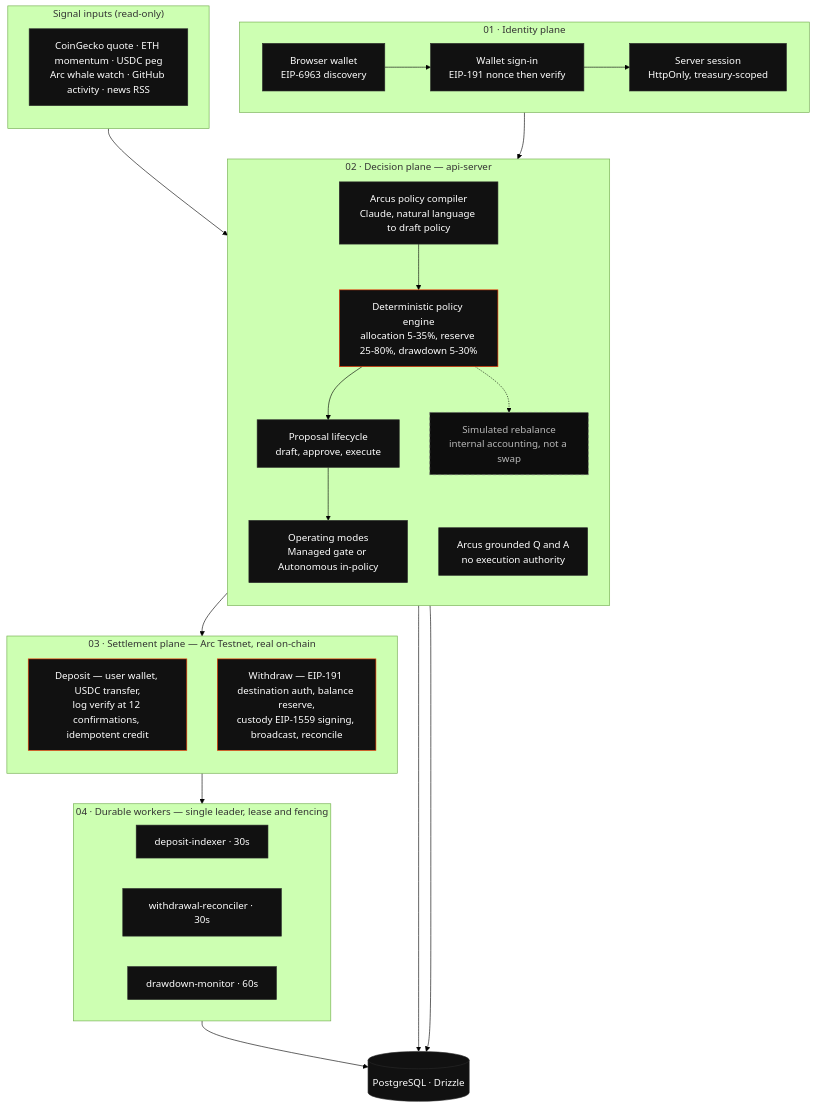
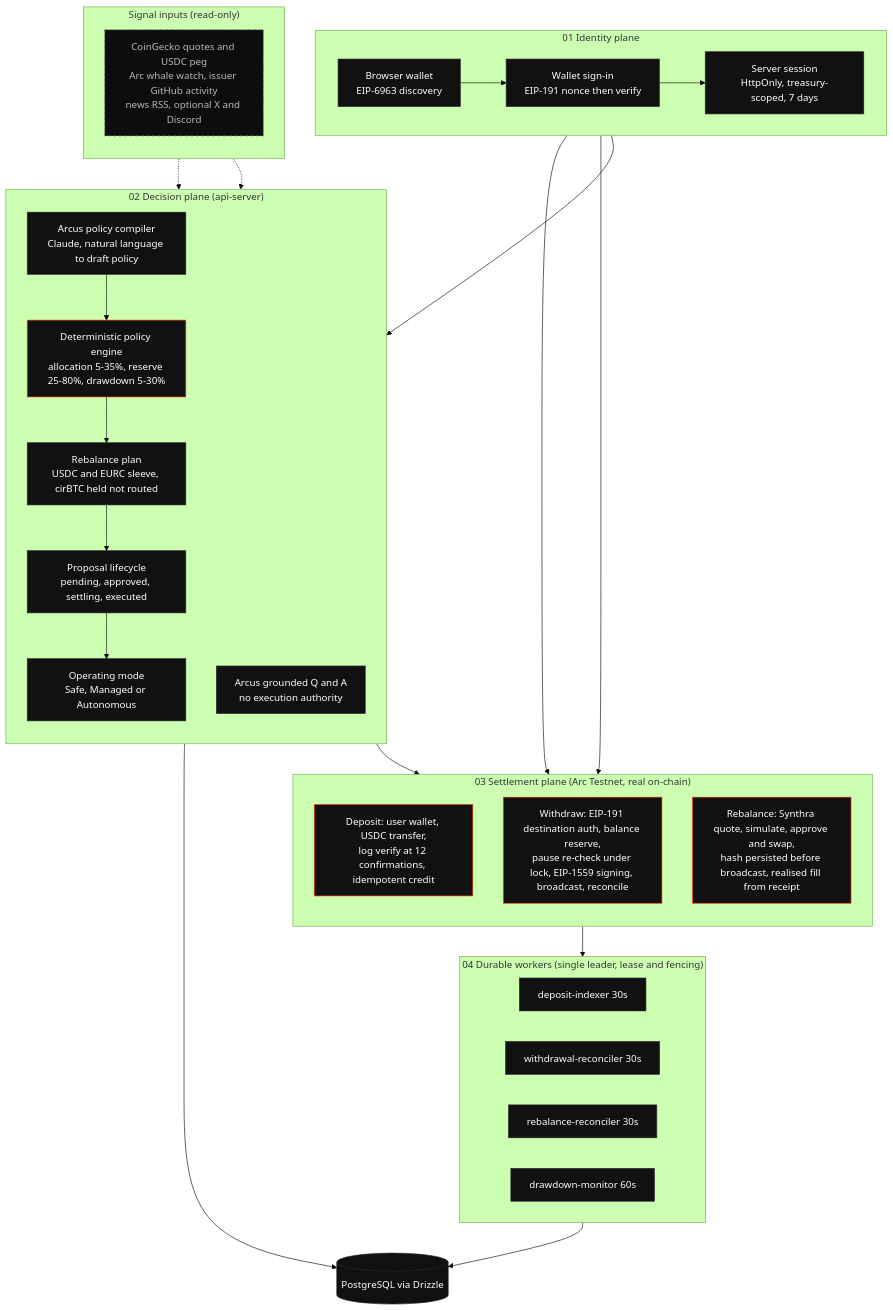
Before and after one commit to Creepy-Cr/Revo: the diagram in docs/architecture/README.md, drawn with Mermaid (forest theme). The commit also changed other lines of this file and 46 other files, not shown here.

````diff
--- a/docs/architecture/README.md
+++ b/docs/architecture/README.md
@@ -33,56 +34,57 @@
 ```mermaid
 flowchart TB
   classDef real fill:#111,stroke:#FC3B00,color:#fff
   classDef plain fill:#111,stroke:#2A2A2A,color:#fff
-  classDef sim fill:#0D0D0D,stroke:#6B6B6B,color:#B8B8B8,stroke-dasharray:5 4
+  classDef input fill:#0D0D0D,stroke:#6B6B6B,color:#B8B8B8,stroke-dasharray:5 4
 
-  subgraph IDP["01 · Identity plane"]
+  subgraph IDP["01 Identity plane"]
     direction LR
     WAL["Browser wallet<br/>EIP-6963 discovery"]:::plain
     SIG["Wallet sign-in<br/>EIP-191 nonce then verify"]:::plain
-    SES["Server session<br/>HttpOnly, treasury-scoped"]:::plain
+    SES["Server session<br/>HttpOnly, treasury-scoped, 7 days"]:::plain
     WAL --> SIG --> SES
   end
 
   subgraph SIGNALS["Signal inputs (read-only)"]
     direction TB
-    SRC["CoinGecko quote · ETH momentum · USDC peg<br/>Arc whale watch · GitHub activity · news RSS"]:::plain
+    SRC["CoinGecko quotes and USDC peg<br/>Arc whale watch, issuer GitHub activity<br/>news RSS, optional X and Discord"]:::input
   end
 
-  subgraph DEC["02 · Decision plane — api-server"]
+  subgraph DEC["02 Decision plane (api-server)"]
     direction TB
     COMP["Arcus policy compiler<br/>Claude, natural language to draft policy"]:::plain
     QA["Arcus grounded Q and A<br/>no execution authority"]:::plain
     ENG["Deterministic policy engine<br/>allocation 5-35%, reserve 25-80%, drawdown 5-30%"]:::real
-    PROP["Proposal lifecycle<br/>draft, approve, execute"]:::plain
-    MODE["Operating modes<br/>Managed gate or Autonomous in-policy"]:::plain
-    REB["Simulated rebalance<br/>internal accounting, not a swap"]:::sim
-    COMP --> ENG
-    ENG --> PROP
-    ENG -.-> REB
-    PROP --> MODE
+    PLAN["Rebalance plan<br/>USDC and EURC sleeve, cirBTC held not routed"]:::plain
+    PROP["Proposal lifecycle<br/>pending, approved, settling, executed"]:::plain
+    MODE["Operating mode<br/>Safe, Managed or Autonomous"]:::plain
+    COMP --> ENG --> PLAN --> PROP --> MODE
   end
 
-  subgraph SET["03 · Settlement plane — Arc Testnet, real on-chain"]
+  subgraph SET["03 Settlement plane (Arc Testnet, real on-chain)"]
     direction TB
-    DEP["Deposit — user wallet, USDC transfer,<br/>log verify at 12 confirmations, idempotent credit"]:::real
-    WDR["Withdraw — EIP-191 destination auth, balance reserve,<br/>custody EIP-1559 signing, broadcast, reconcile"]:::real
+    DEP["Deposit: user wallet, USDC transfer,<br/>log verify at 12 confirmations, idempotent credit"]:::real
+    WDR["Withdraw: EIP-191 destination auth, balance reserve,<br/>pause re-check under lock, EIP-1559 signing, broadcast, reconcile"]:::real
+    REB["Rebalance: Synthra quote, simulate, approve and swap,<br/>hash persisted before broadcast, realised fill from receipt"]:::real
   end
 
-  subgraph WRK["04 · Durable workers — single leader, lease and fencing"]
+  subgraph WRK["04 Durable workers (single leader, lease and fencing)"]
     direction LR
-    IDX["deposit-indexer · 30s"]:::plain
-    REC["withdrawal-reconciler · 30s"]:::plain
-    DDM["drawdown-monitor · 60s"]:::plain
+    IDX["deposit-indexer 30s"]:::plain
+    REC["withdrawal-reconciler 30s"]:::plain
+    RBR["rebalance-reconciler 30s"]:::plain
+    DDM["drawdown-monitor 60s"]:::plain
   end
 
-  DB[("PostgreSQL · Drizzle")]:::plain
+  DB[("PostgreSQL via Drizzle")]:::plain
 
   SES --> DEC
-  SRC --> QA
-  MODE --> SET
+  SRC -.-> QA
+  SRC -.-> ENG
+  MODE --> REB
+  SES --> DEP
+  SES --> WDR
   SET --> WRK
   WRK --> DB
   DEC --> DB
-  REB --> DB
 ```
````
